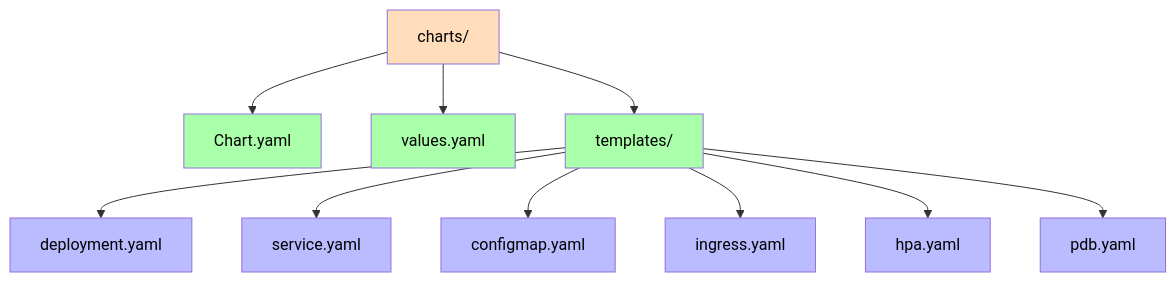
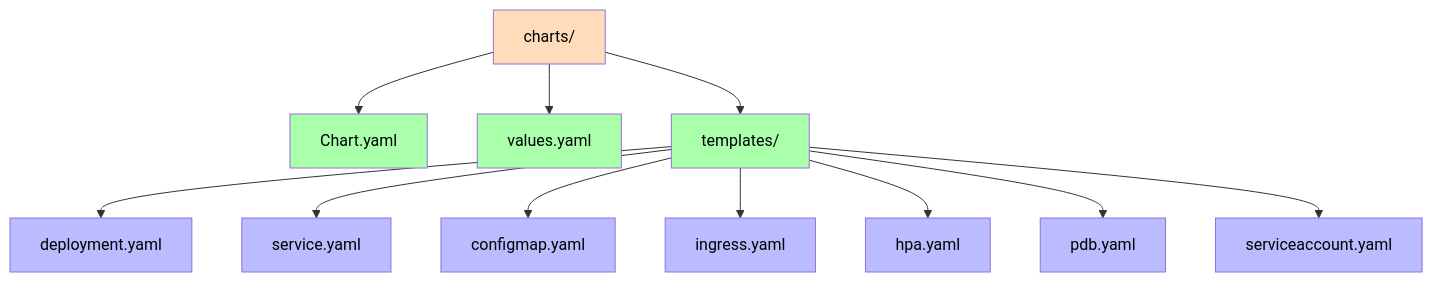
One commit to AlexAlvarezGallardo-GitHub/Aegis changed the first of 2 diagrams in docs/obsidian/05 - Infrastructure/Helm Charts.md. Above: the diagram before and after it, drawn with Mermaid. The commit also changed other lines of this file and 87 other files, not shown here.

````diff
--- a/docs/obsidian/05 - Infrastructure/Helm Charts.md
+++ b/docs/obsidian/05 - Infrastructure/Helm Charts.md
@@ -13,24 +13,26 @@
 ```mermaid
 graph TB
     Chart[charts/<service>] --> ChartYaml[Chart.yaml]
     Chart --> Values[values.yaml]
     Chart --> Templates[templates/]
 
     Templates --> Deployment[deployment.yaml]
     Templates --> Service[service.yaml]
     Templates --> ConfigMap[configmap.yaml]
     Templates --> Ingress[ingress.yaml]
     Templates --> HPA[hpa.yaml]
     Templates --> PDB[pdb.yaml]
+    Templates --> SA[serviceaccount.yaml]
 
     style Chart fill:#fdb,color:#000
     style ChartYaml fill:#afa,color:#000
     style Values fill:#afa,color:#000
     style Templates fill:#afa,color:#000
     style Deployment fill:#bbf,color:#000
     style Service fill:#bbf,color:#000
     style ConfigMap fill:#bbf,color:#000
     style Ingress fill:#bbf,color:#000
     style HPA fill:#bbf,color:#000
     style PDB fill:#bbf,color:#000
+    style SA fill:#bbf,color:#000
 ```
````
